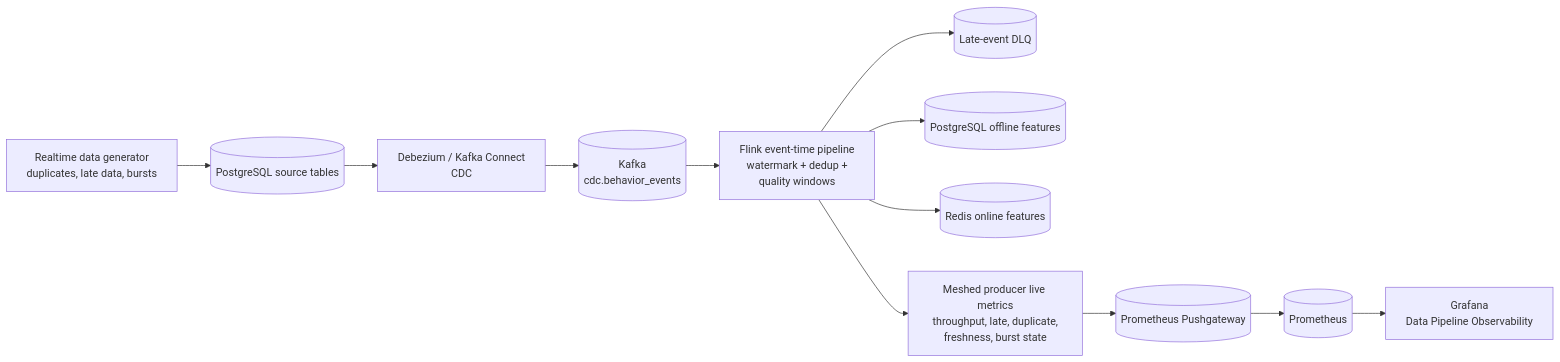
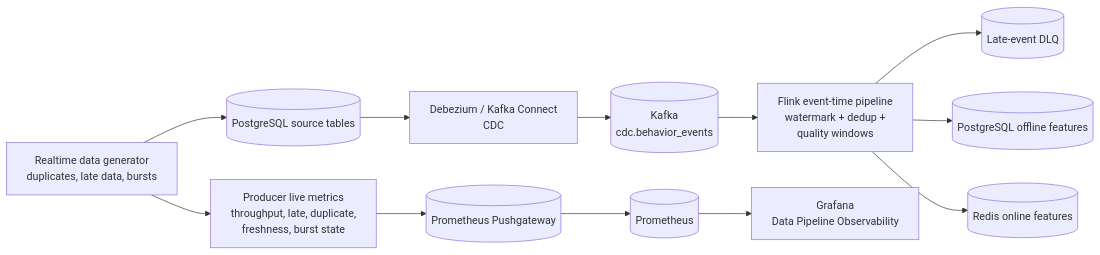
The first of 3 diagrams in docs/submission/rubic-(mini-coursework)/novel_ideas.md (itsmekhoathekid/RecSys-MLops), drawn with Mermaid before and after one commit. The commit also changed other lines of this file and 143 other files, not shown here.

````diff
--- a/docs/submission/rubic-(mini-coursework)/novel_ideas.md
+++ b/docs/submission/rubic-(mini-coursework)/novel_ideas.md
@@ -18,21 +18,21 @@
 ```mermaid
 flowchart LR
     GEN["Realtime data generator<br/>duplicates, late data, bursts"]
     PG[("PostgreSQL source tables")]
     CDC["Debezium / Kafka Connect<br/>CDC"]
     KAFKA[("Kafka<br/>cdc.behavior_events")]
     FLINK["Flink event-time pipeline<br/>watermark + dedup +<br/>quality windows"]
     DLQ[("Late-event DLQ")]
     OFFLINE[("PostgreSQL offline features")]
     REDIS[("Redis online features")]
-    METRICS["Meshed producer live metrics<br/>throughput, late, duplicate,<br/>freshness, burst state"]
+    METRICS["Producer live metrics<br/>throughput, late, duplicate,<br/>freshness, burst state"]
     PUSH[("Prometheus Pushgateway")]
     PROM[("Prometheus")]
     GRAFANA["Grafana<br/>Data Pipeline Observability"]
 
     GEN --> PG --> CDC --> KAFKA --> FLINK
     FLINK --> DLQ
     FLINK --> OFFLINE
     FLINK --> REDIS
-    FLINK --> METRICS --> PUSH --> PROM --> GRAFANA
+    GEN --> METRICS --> PUSH --> PROM --> GRAFANA
 ```
````
